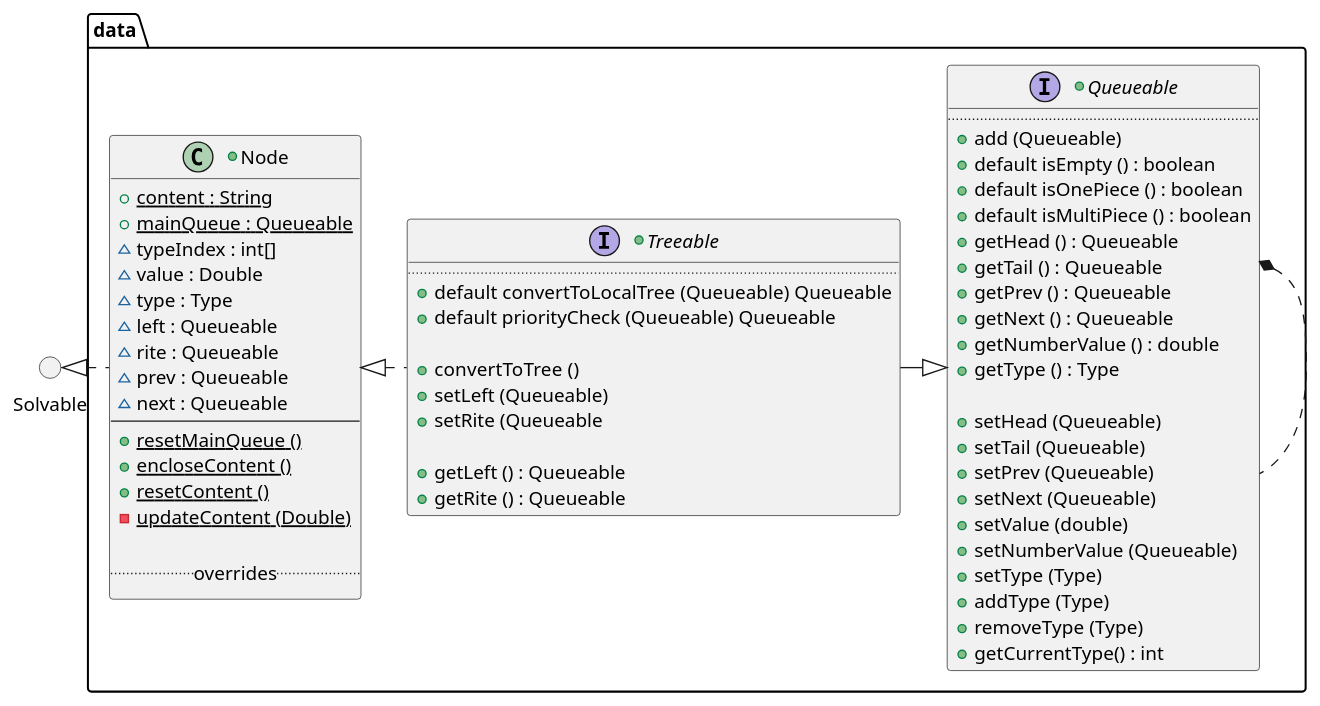
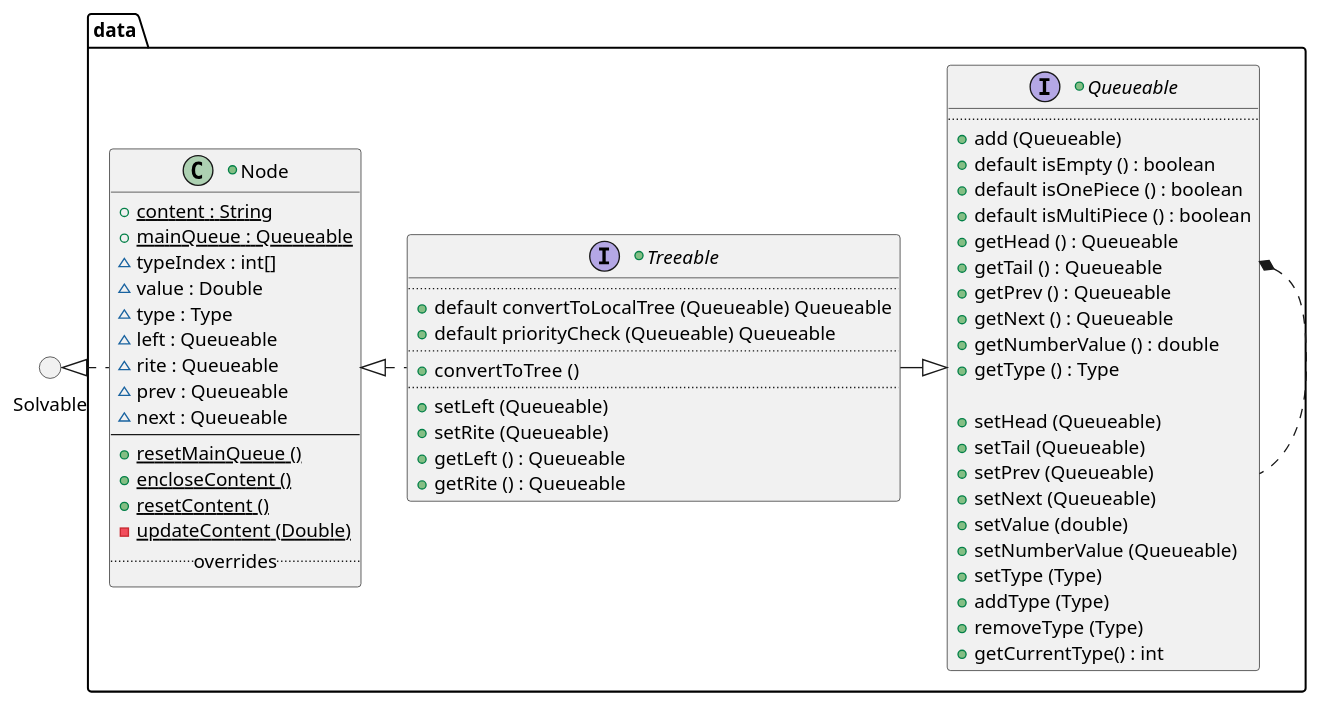
One commit to vitalispopoff/calculator changed the diagram in src/docs/UML/data/data.puml. Above: the diagram before and after it, drawn with PlantUML. The commit also changed 9 other files, not shown here.

```diff
--- a/src/docs/UML/data/data.puml
+++ b/src/docs/UML/data/data.puml
@@ -1,72 +1,71 @@
 @startuml
 
     () Solvable
 '    () Parsable
 
 package data {
 
     +interface Queueable {
         ..
             +{method} add (Queueable)
             +{method} default isEmpty () : boolean
             +{method} default isOnePiece () : boolean
             +{method} default isMultiPiece () : boolean
             +{method} getHead () : Queueable
             +{method} getTail () : Queueable
             +{method} getPrev () : Queueable
             +{method} getNext () : Queueable
             +{method} getNumberValue () : double
             +{method} getType () : Type
 
             +{method} setHead (Queueable)
             +{method} setTail (Queueable)
             +{method} setPrev (Queueable)
             +{method} setNext (Queueable)
             +{method} setValue (double)
             +{method} setNumberValue (Queueable)
             +{method} setType (Type)
             +{method} addType (Type)
             +{method} removeType (Type)
             +{method} getCurrentType() : int
     }
 
     +interface Treeable {
         ..
             + {method} default convertToLocalTree (Queueable) Queueable
             + {method} default priorityCheck (Queueable) Queueable
-
+        ..
             + {method} convertToTree ()
+        ..
             + {method} setLeft (Queueable)
-            + {method} setRite (Queueable
-
+            + {method} setRite (Queueable)
             + {method} getLeft () : Queueable
             + {method} getRite () : Queueable
     }
 
     +class Node {
             + {field} {static} content : String
             + {field} {static} mainQueue : Queueable
             ~ {field} typeIndex : int[]
             ~ {field} value : Double
             ~ {field} type : Type
             ~ {field} left : Queueable
             ~ {field} rite : Queueable
             ~ {field} prev : Queueable
             ~ {field} next : Queueable
         --
             + {method} {static} resetMainQueue ()
             + {method} {static} encloseContent ()
             + {method} {static} resetContent ()
             - {method} {static} updateContent (Double)
-
         ..overrides..
     }
 }
 
         Queueable   .up.*    Queueable
         Queueable <|-left- Treeable
         Treeable .left.|> Node
 
         Node .left.|>  Solvable
 
 @enduml
```
